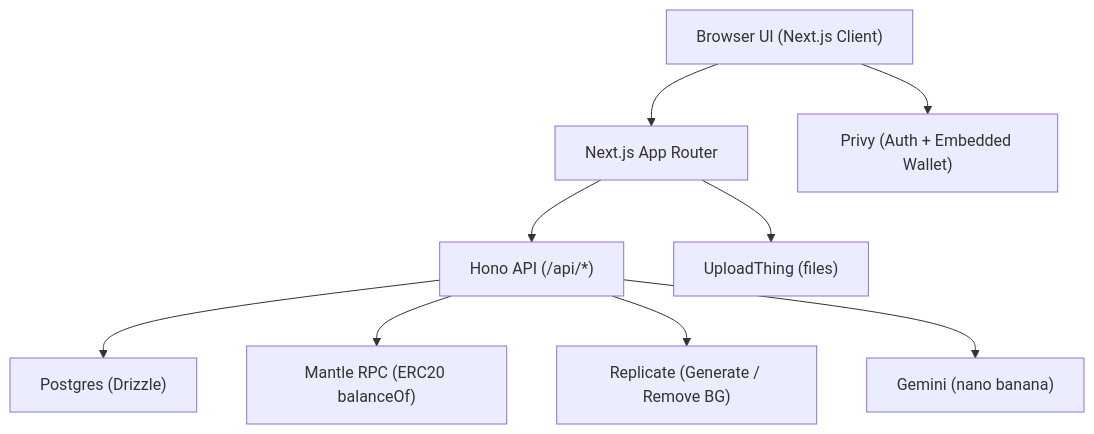
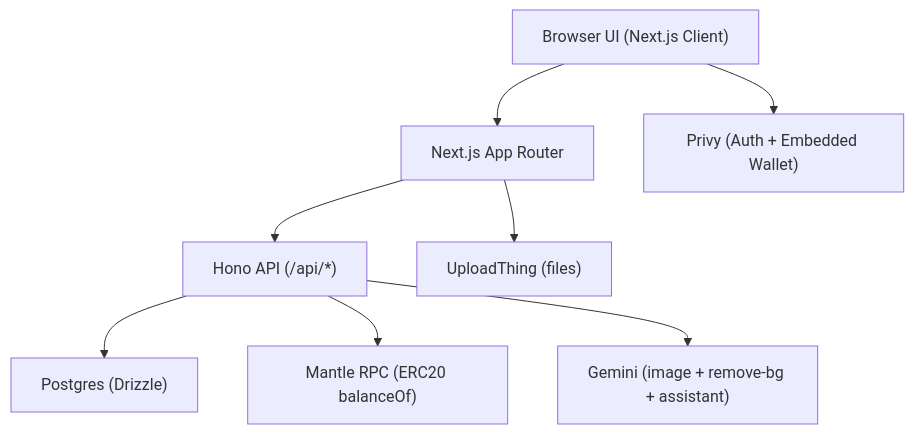
One commit to kevinsslin/pigcasso-canva changed the first of 4 diagrams in docs/foundamental.md. Above: the diagram before and after it, drawn with Mermaid. The commit also changed other lines of this file and 24 other files, not shown here.

Commit message:
feat: gemini-only AI and assistant draft preview

````diff
--- a/docs/foundamental.md
+++ b/docs/foundamental.md
@@ -53,11 +52,10 @@
 ```mermaid
 flowchart TD
   UI["Browser UI (Next.js Client)"] --> NX["Next.js App Router"]
   NX --> API["Hono API (/api/*)"]
   API --> DB["Postgres (Drizzle)"]
   UI --> Privy["Privy (Auth + Embedded Wallet)"]
   API --> RPC["Mantle RPC (ERC20 balanceOf)"]
-  API --> Replicate["Replicate (Generate / Remove BG)"]
-  API --> Gemini["Gemini (nano banana)"]
+  API --> Gemini["Gemini (image + remove-bg + assistant)"]
   NX --> UT["UploadThing (files)"]
 ```
````
